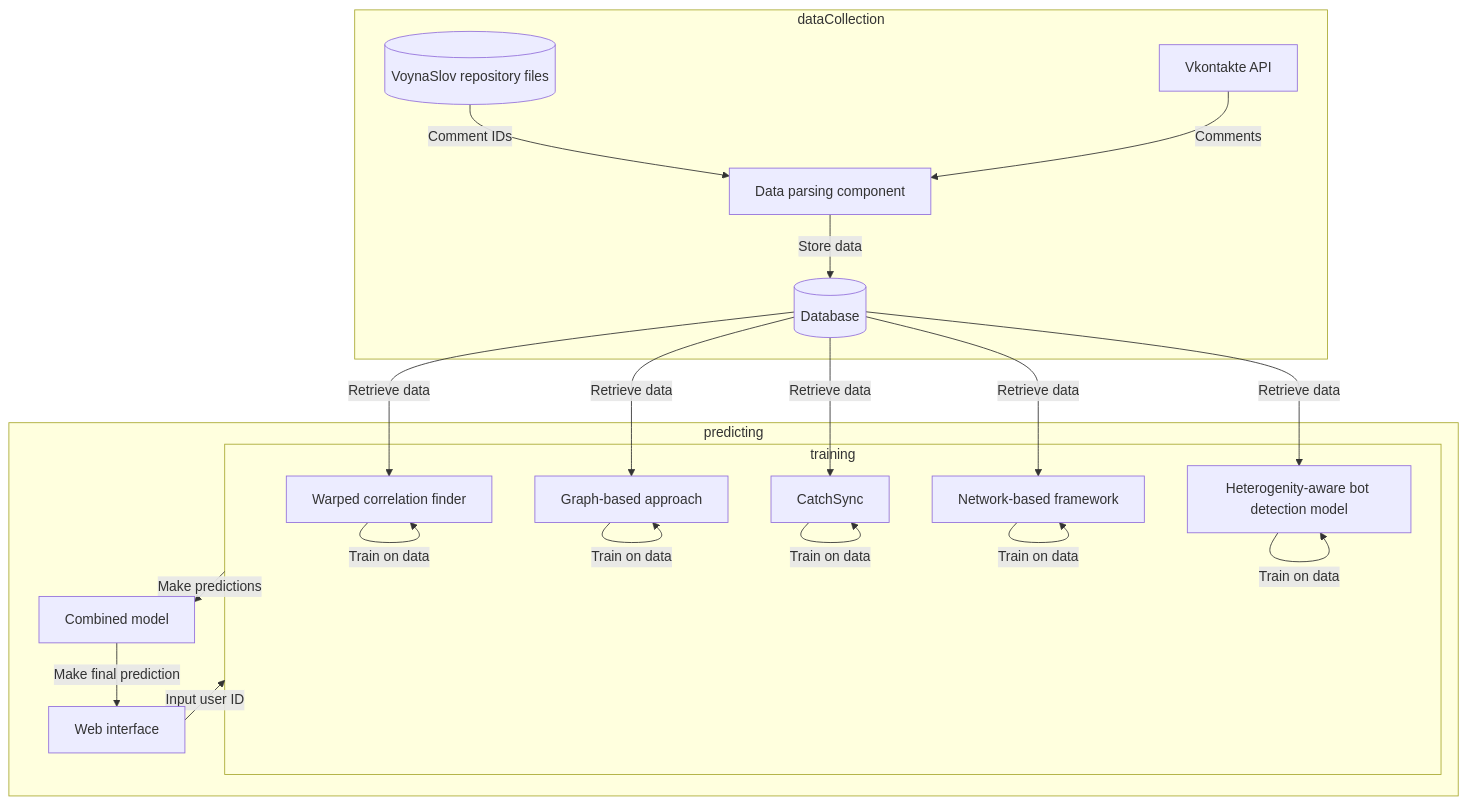
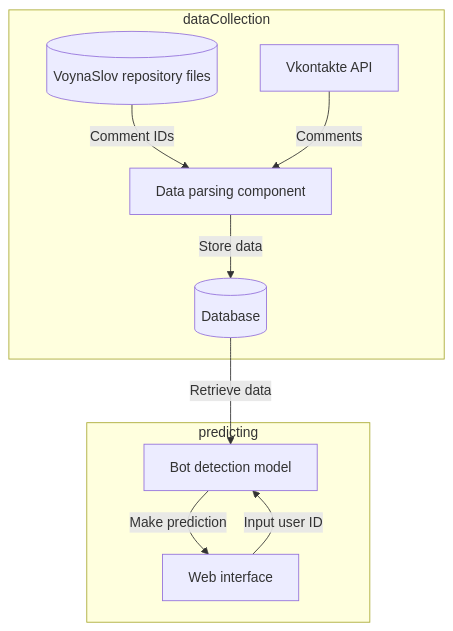
One commit to lerastromtsova/Malicious-Bot-Detection changed the diagram in README.md. Above: the diagram before and after it, drawn with Mermaid. The commit also changed other lines of this file, not shown here.

````diff
--- a/README.md
+++ b/README.md
@@ -31,33 +27,20 @@
 ```mermaid
 flowchart TB
     voynaSlov[(VoynaSlov repository files)]
     parser[Data parsing component]
     vk[Vkontakte API]
     database[(Database)]
-    model1[Warped correlation finder]
-    model2[Graph-based approach]
-    model3[CatchSync]
-    model4[Network-based framework]
-    model5[Heterogenity-aware bot detection model]
-    combined[Combined model]
+    model[Bot detection model]
     webInterface[Web interface]
     
     subgraph dataCollection
     voynaSlov--Comment IDs-->parser
     vk--Comments-->parser
     parser--Store data-->database
     end
-    subgraph training
-    database--Retrieve data-->model1 & model2 & model3 & model4 & model5 
-    model1--Train on data-->model1
-    model2--Train on data-->model2
-    model3--Train on data-->model3
-    model4--Train on data-->model4
-    model5--Train on data-->model5
-    end
     subgraph predicting
-    webInterface--Input user ID-->training
-    training--Make predictions-->combined
-    combined--Make final prediction-->webInterface
+    database--Retrieve data-->model
+    webInterface--Input user ID-->model
+    model--Make prediction-->webInterface
     end
 ```
````
